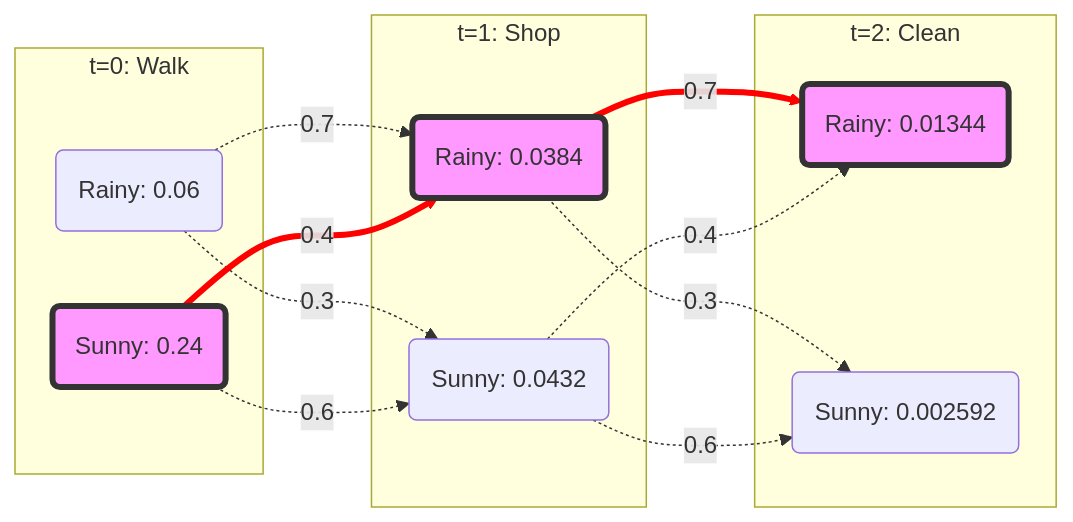
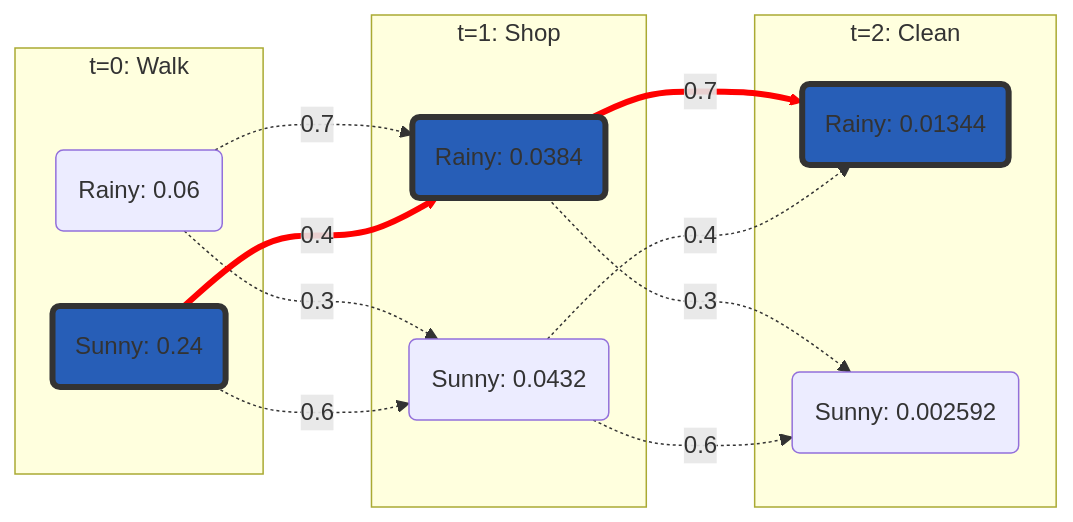
One commit to abeni-al7/viterbi-algorithm changed the diagram in docs/viterbi_walkthrough.md. Above: the diagram before and after it, drawn with Mermaid.

Commit message:
Improve chosen path color

````diff
--- a/docs/viterbi_walkthrough.md
+++ b/docs/viterbi_walkthrough.md
@@ -102,35 +102,35 @@
 ```mermaid
 graph LR
     subgraph t0 [t=0: Walk]
         R0(Rainy: 0.06)
         S0(Sunny: 0.24)
     end
 
     subgraph t1 [t=1: Shop]
         R1(Rainy: 0.0384)
         S1(Sunny: 0.0432)
     end
 
     subgraph t2 [t=2: Clean]
         R2(Rainy: 0.01344)
         S2(Sunny: 0.002592)
     end
 
     %% Transitions
     R0 -.->|0.7| R1
     R0 -.->|0.3| S1
     S0 == 0.4 ==> R1
     S0 -.->|0.6| S1
 
     R1 == 0.7 ==> R2
     R1 -.->|0.3| S2
     S1 -.->|0.4| R2
     S1 -.->|0.6| S2
 
     %% Styling for the winning path
-    style S0 fill:#f9f,stroke:#333,stroke-width:4px
-    style R1 fill:#f9f,stroke:#333,stroke-width:4px
-    style R2 fill:#f9f,stroke:#333,stroke-width:4px
+    style S0 fill:#275EB7,stroke:#333,stroke-width:4px
+    style R1 fill:#275EB7,stroke:#333,stroke-width:4px
+    style R2 fill:#275EB7,stroke:#333,stroke-width:4px
     
     linkStyle 2,4 stroke-width:4px,fill:none,stroke:red;
 ```
````
